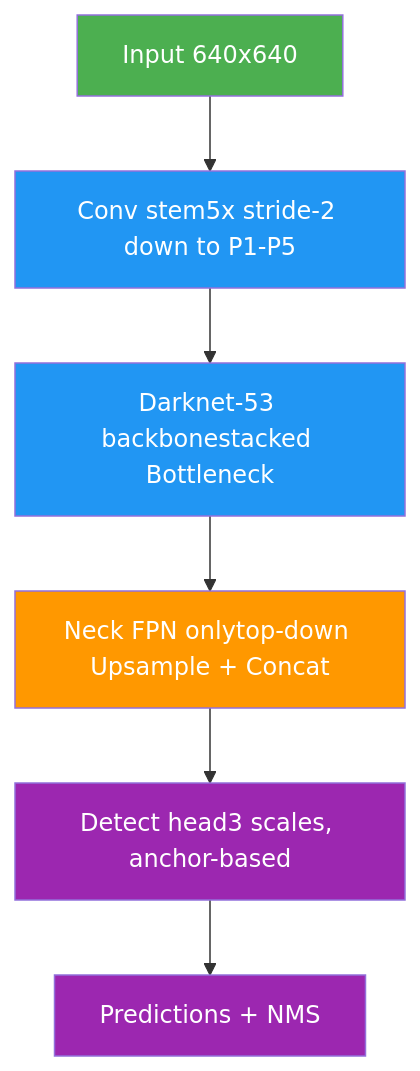
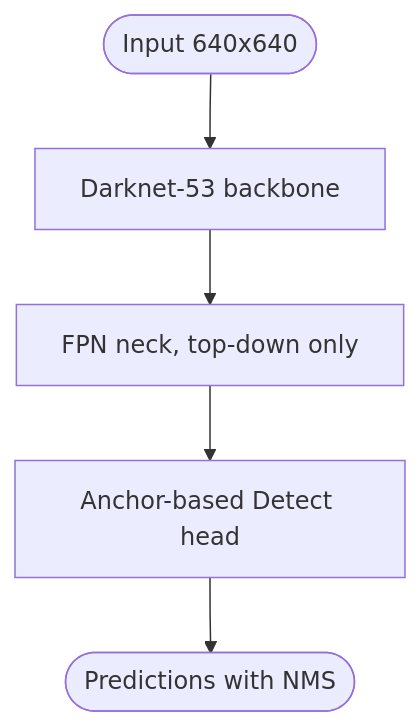
The first of 5 diagrams in skills/ultralytics-docs/references/guides/yolo-architecture.md (wenerme/ai), drawn with Mermaid before and after one commit. The commit also changed other lines of this file and 476 other files, not shown here.

````diff
--- a/skills/ultralytics-docs/references/guides/yolo-architecture.md
+++ b/skills/ultralytics-docs/references/guides/yolo-architecture.md
@@ -32,12 +32,7 @@
     ```mermaid
     flowchart TD
-        IN[Input 640x640]:::start --> ST[Conv stem5x stride-2 down to P1-P5]:::proc
-        ST --> BB[Darknet-53 backbonestacked Bottleneck]:::proc
-        BB --> FPN[Neck FPN onlytop-down Upsample + Concat]:::decide
-        FPN --> HD[Detect head3 scales, anchor-based]:::out
-        HD --> O[Predictions + NMS]:::out
-        classDef start fill:#4CAF50,color:#fff
-        classDef proc fill:#2196F3,color:#fff
-        classDef decide fill:#FF9800,color:#fff
-        classDef out fill:#9C27B0,color:#fff
+        IN([Input 640x640]) --> BB[Darknet-53 backbone]
+        BB --> FPN["FPN neck, top-down only"]
+        FPN --> HD[Anchor-based Detect head]
+        HD --> O([Predictions with NMS])
     ```
````
